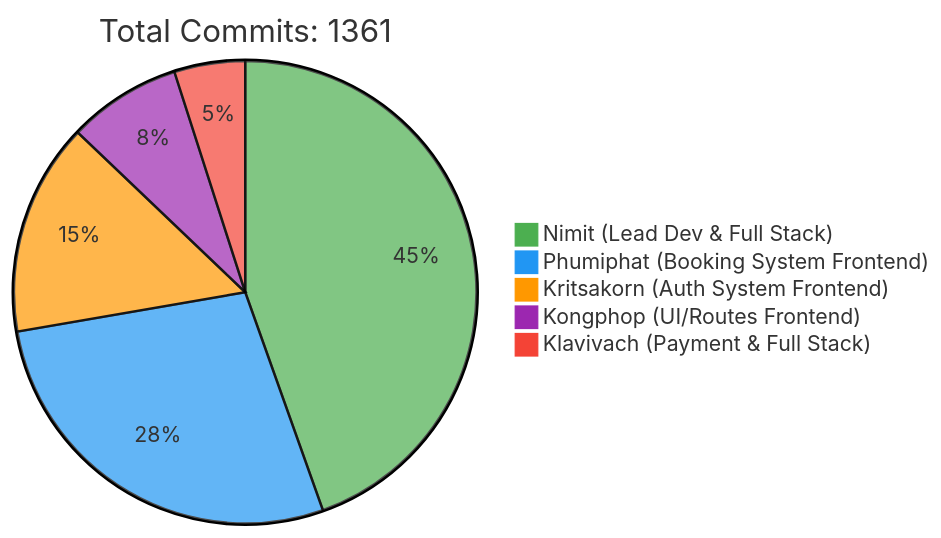
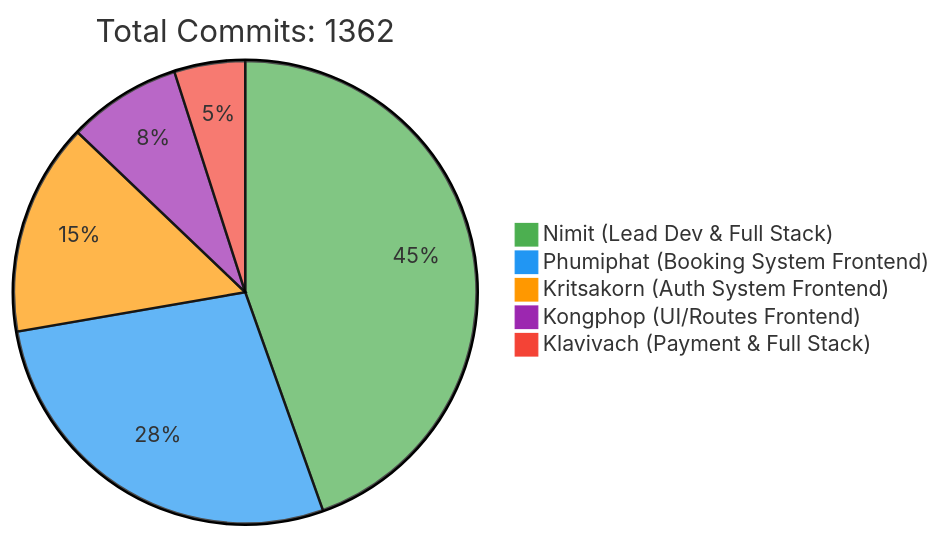
The first of 2 diagrams in README.md (6531503042/Sport-Complex), drawn with Mermaid before and after one commit. The commit also changed other lines of this file, not shown here.

Commit message:
docs: Update contributor statistics [skip ci]

````diff
--- a/README.md
+++ b/README.md
@@ -257,10 +257,10 @@
 ```mermaid
 %%{init: {'theme': 'base', 'themeVariables': { 'pie1': '#4CAF50', 'pie2': '#2196F3', 'pie3': '#FF9800', 'pie4': '#9C27B0', 'pie5': '#F44336'}}}%%
 pie
-    title Total Commits: 1361
+    title Total Commits: 1362
     "Nimit (Lead Dev & Full Stack)" : 450
     "Phumiphat (Booking System Frontend)" : 280
     "Kritsakorn (Auth System Frontend)" : 150
     "Kongphop (UI/Routes Frontend)" : 80
     "Klavivach (Payment & Full Stack)" : 50
 ```
````
